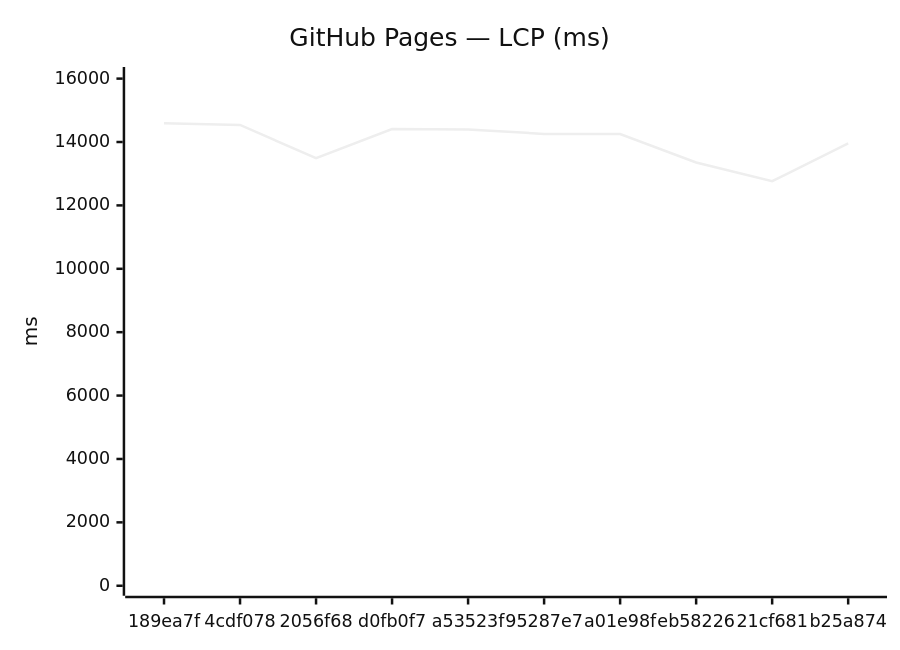
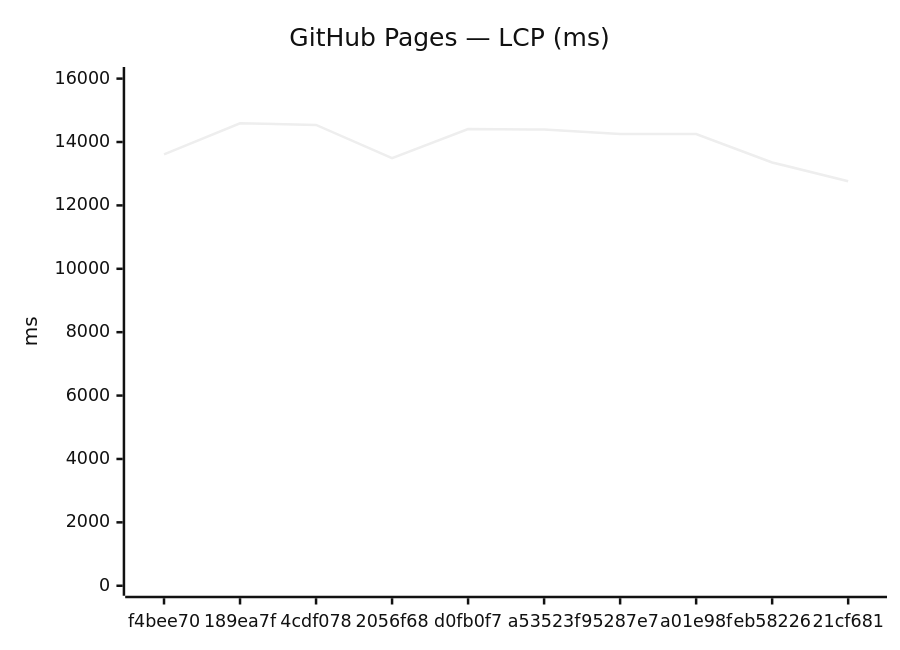
Before and after one commit to Metaheurist/Rianell: the third of 18 diagrams in benchmarks/compare.md, drawn with Mermaid (neutral theme). The commit also changed other lines of this file and 11 other files, not shown here.

````diff
--- a/benchmarks/compare.md
+++ b/benchmarks/compare.md
@@ -54,7 +54,7 @@
 ```mermaid
 xychart-beta
     title "GitHub Pages — LCP (ms)"
-    x-axis ["189ea7f", "4cdf078", "2056f68", "d0fb0f7", "a53523f", "95287e7", "a01e98f", "eb58226", "21cf681", "b25a874"]
+    x-axis ["f4bee70", "189ea7f", "4cdf078", "2056f68", "d0fb0f7", "a53523f", "95287e7", "a01e98f", "eb58226", "21cf681"]
     y-axis "ms" 0 --> 16051
-    line [14591, 14540, 13488, 14410, 14392, 14255, 14254, 13354, 12763, 13959]
+    line [13612, 14591, 14540, 13488, 14410, 14392, 14255, 14254, 13354, 12763]
 ```
````
